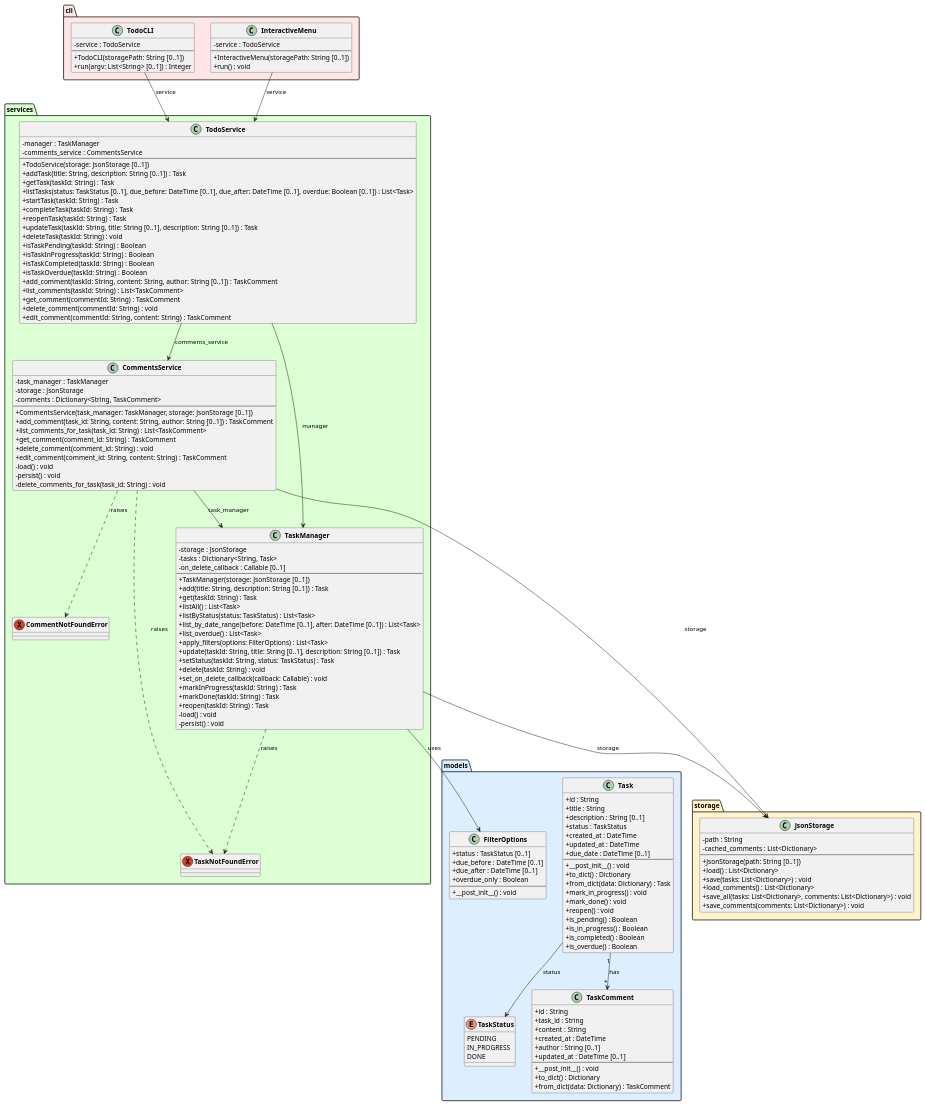
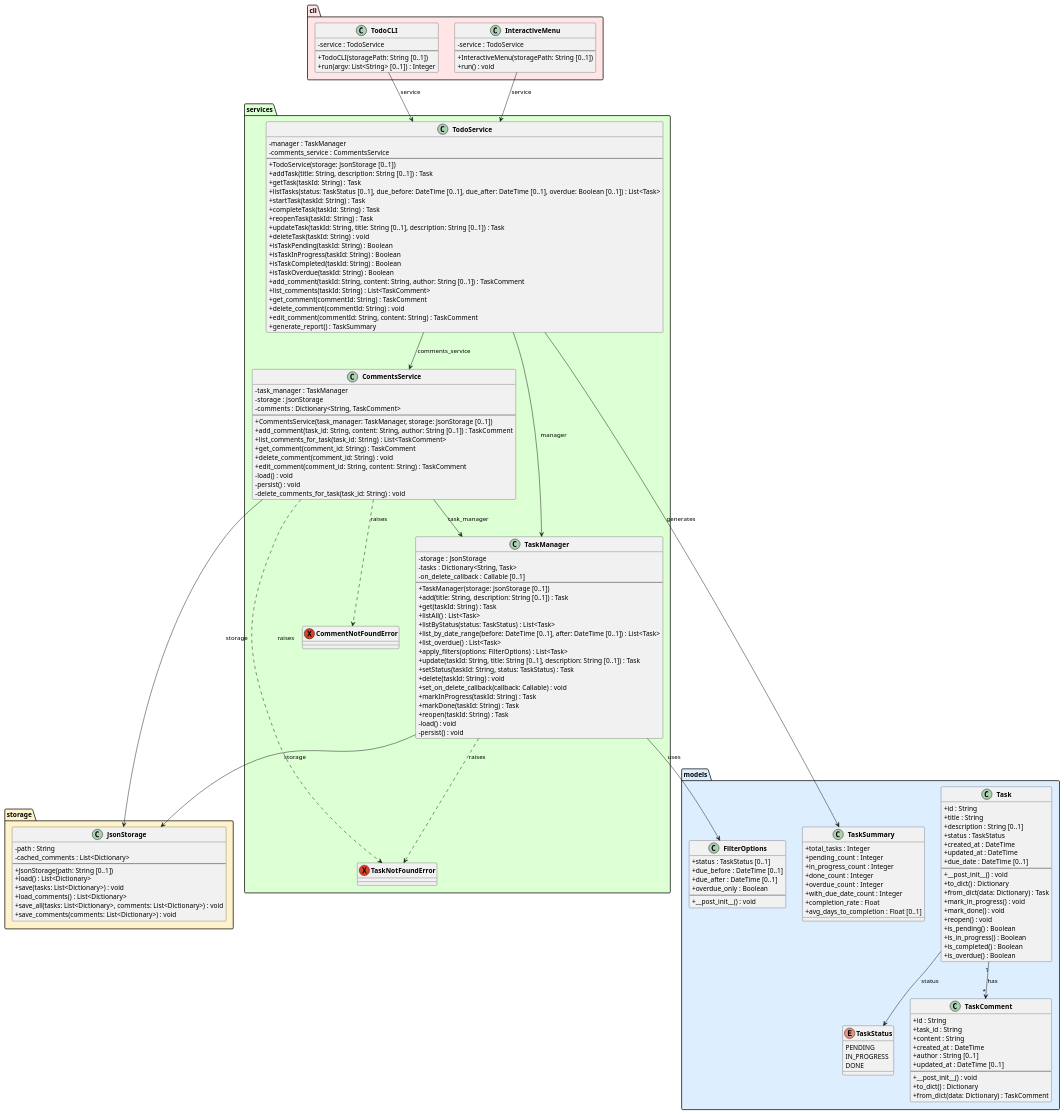
One commit to DanielRiha8906/Software_autoevolution_using_agents changed the diagram in experiments/broadcast/user_stories/TODO/artifacts/class_diagram.puml. Above: the diagram before and after it, drawn with PlantUML. The commit also changed 9 other files, not shown here.

First line of the commit message:
Task 6 - broadcast / user_stories / TODO - Task summary report feature

```diff
--- a/experiments/broadcast/user_stories/TODO/artifacts/class_diagram.puml
+++ b/experiments/broadcast/user_stories/TODO/artifacts/class_diagram.puml
@@ -1,171 +1,184 @@
 @startuml class_diagram
 
 skinparam classAttributeIconSize 0
 skinparam classFontStyle bold
 
 package "models" #DDEEFF {
     enum TaskStatus {
         PENDING
         IN_PROGRESS
         DONE
     }
 
     class Task {
         +id : String
         +title : String
         +description : String [0..1]
         +status : TaskStatus
         +created_at : DateTime
         +updated_at : DateTime
         +due_date : DateTime [0..1]
         --
         +__post_init__() : void
         +to_dict() : Dictionary
         +from_dict(data: Dictionary) : Task
         +mark_in_progress() : void
         +mark_done() : void
         +reopen() : void
         +is_pending() : Boolean
         +is_in_progress() : Boolean
         +is_completed() : Boolean
         +is_overdue() : Boolean
     }
 
     class TaskComment {
         +id : String
         +task_id : String
         +content : String
         +created_at : DateTime
         +author : String [0..1]
         +updated_at : DateTime [0..1]
         --
         +__post_init__() : void
         +to_dict() : Dictionary
         +from_dict(data: Dictionary) : TaskComment
     }
 
     class FilterOptions {
         +status : TaskStatus [0..1]
         +due_before : DateTime [0..1]
         +due_after : DateTime [0..1]
         +overdue_only : Boolean
         --
         +__post_init__() : void
+    }
+
+    class TaskSummary {
+        +total_tasks : Integer
+        +pending_count : Integer
+        +in_progress_count : Integer
+        +done_count : Integer
+        +overdue_count : Integer
+        +with_due_date_count : Integer
+        +completion_rate : Float
+        +avg_days_to_completion : Float [0..1]
     }
 
     Task "1" --> "*" TaskComment : has
 }
 
 package "storage" #FFF3CC {
     class JsonStorage {
         -path : String
         -cached_comments : List<Dictionary>
         --
         +JsonStorage(path: String [0..1])
         +load() : List<Dictionary>
         +save(tasks: List<Dictionary>) : void
         +load_comments() : List<Dictionary>
         +save_all(tasks: List<Dictionary>, comments: List<Dictionary>) : void
         +save_comments(comments: List<Dictionary>) : void
     }
 }
 
 package "services" #DDFFD4 {
     exception TaskNotFoundError
     exception CommentNotFoundError
 
     class CommentsService {
         -task_manager : TaskManager
         -storage : JsonStorage
         -comments : Dictionary<String, TaskComment>
         --
         +CommentsService(task_manager: TaskManager, storage: JsonStorage [0..1])
         +add_comment(task_id: String, content: String, author: String [0..1]) : TaskComment
         +list_comments_for_task(task_id: String) : List<TaskComment>
         +get_comment(comment_id: String) : TaskComment
         +delete_comment(comment_id: String) : void
         +edit_comment(comment_id: String, content: String) : TaskComment
         -load() : void
         -persist() : void
         -delete_comments_for_task(task_id: String) : void
     }
 
     class TaskManager {
         -storage : JsonStorage
         -tasks : Dictionary<String, Task>
         -on_delete_callback : Callable [0..1]
         --
         +TaskManager(storage: JsonStorage [0..1])
         +add(title: String, description: String [0..1]) : Task
         +get(taskId: String) : Task
         +listAll() : List<Task>
         +listByStatus(status: TaskStatus) : List<Task>
         +list_by_date_range(before: DateTime [0..1], after: DateTime [0..1]) : List<Task>
         +list_overdue() : List<Task>
         +apply_filters(options: FilterOptions) : List<Task>
         +update(taskId: String, title: String [0..1], description: String [0..1]) : Task
         +setStatus(taskId: String, status: TaskStatus) : Task
         +delete(taskId: String) : void
         +set_on_delete_callback(callback: Callable) : void
         +markInProgress(taskId: String) : Task
         +markDone(taskId: String) : Task
         +reopen(taskId: String) : Task
         -load() : void
         -persist() : void
     }
 
     class TodoService {
         -manager : TaskManager
         -comments_service : CommentsService
         --
         +TodoService(storage: JsonStorage [0..1])
         +addTask(title: String, description: String [0..1]) : Task
         +getTask(taskId: String) : Task
         +listTasks(status: TaskStatus [0..1], due_before: DateTime [0..1], due_after: DateTime [0..1], overdue: Boolean [0..1]) : List<Task>
         +startTask(taskId: String) : Task
         +completeTask(taskId: String) : Task
         +reopenTask(taskId: String) : Task
         +updateTask(taskId: String, title: String [0..1], description: String [0..1]) : Task
         +deleteTask(taskId: String) : void
         +isTaskPending(taskId: String) : Boolean
         +isTaskInProgress(taskId: String) : Boolean
         +isTaskCompleted(taskId: String) : Boolean
         +isTaskOverdue(taskId: String) : Boolean
         +add_comment(taskId: String, content: String, author: String [0..1]) : TaskComment
         +list_comments(taskId: String) : List<TaskComment>
         +get_comment(commentId: String) : TaskComment
         +delete_comment(commentId: String) : void
         +edit_comment(commentId: String, content: String) : TaskComment
+        +generate_report() : TaskSummary
     }
 }
 
 package "cli" #FFE5E5 {
     class TodoCLI {
         -service : TodoService
         --
         +TodoCLI(storagePath: String [0..1])
         +run(argv: List<String> [0..1]) : Integer
     }
 
     class InteractiveMenu {
         -service : TodoService
         --
         +InteractiveMenu(storagePath: String [0..1])
         +run() : void
     }
 }
 
 Task --> TaskStatus : status
 TaskManager --> JsonStorage : storage
 TaskManager --> FilterOptions : uses
 TaskManager ..> TaskNotFoundError : raises
 CommentsService --> TaskManager : task_manager
 CommentsService --> JsonStorage : storage
 CommentsService ..> TaskNotFoundError : raises
 CommentsService ..> CommentNotFoundError : raises
 TodoService --> TaskManager : manager
 TodoService --> CommentsService : comments_service
+TodoService --> TaskSummary : generates
 TodoCLI --> TodoService : service
 InteractiveMenu --> TodoService : service
 
 @enduml
```
